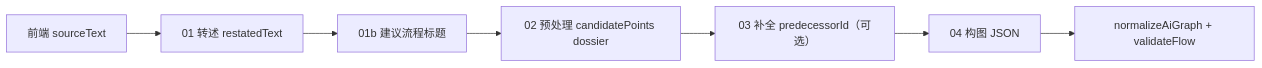
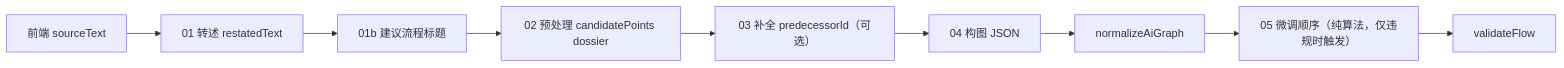
Before and after one commit to SelinaGuo0261/UW-Triage-Portotype: the diagram in docs/FILE2FLOW_AND_CHAT2FLOW.md, drawn with Mermaid. The commit also changed other lines of this file and 2 other files, not shown here.

First line of the commit message:
feat(file2flow): step 5 — restructure decisions before actions

````diff
--- a/docs/FILE2FLOW_AND_CHAT2FLOW.md
+++ b/docs/FILE2FLOW_AND_CHAT2FLOW.md
@@ -31,9 +31,11 @@
 ```mermaid
 flowchart LR
   A[前端 sourceText] --> B["01 转述 restatedText"]
   B --> B2["01b 建议流程标题"]
   B2 --> C["02 预处理 candidatePoints dossier"]
   C --> D["03 补全 predecessorId（可选）"]
   D --> E["04 构图 JSON"]
-  E --> F[normalizeAiGraph + validateFlow]
+  E --> F["normalizeAiGraph"]
+  F --> G["05 微调顺序（纯算法，仅违规时触发）"]
+  G --> H["validateFlow"]
 ```
````
